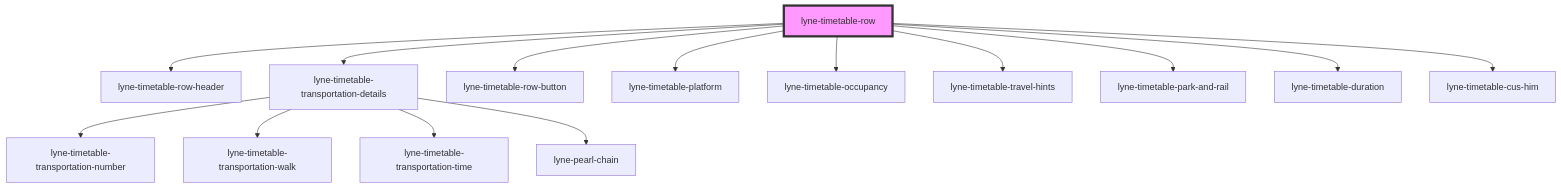
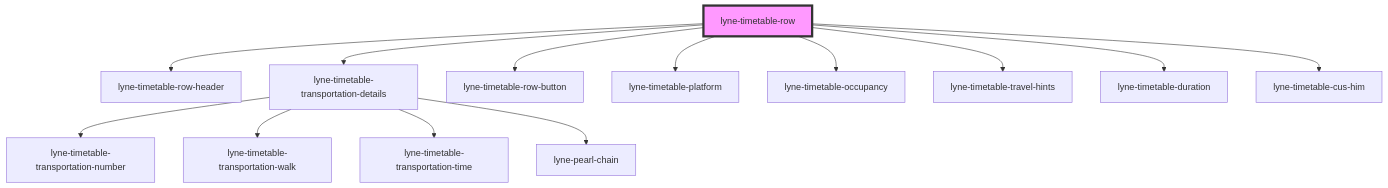
The diagram in src/components/lyne-timetable-row/readme.md (sbb-design-systems/lyne-components), drawn with Mermaid before and after one commit. The commit also changed other lines of this file and 12 other files, not shown here.

````diff
--- a/src/components/lyne-timetable-row/readme.md
+++ b/src/components/lyne-timetable-row/readme.md
@@ -30,17 +29,16 @@
 ```mermaid
 graph TD;
   lyne-timetable-row --> lyne-timetable-row-header
   lyne-timetable-row --> lyne-timetable-transportation-details
   lyne-timetable-row --> lyne-timetable-row-button
   lyne-timetable-row --> lyne-timetable-platform
   lyne-timetable-row --> lyne-timetable-occupancy
   lyne-timetable-row --> lyne-timetable-travel-hints
-  lyne-timetable-row --> lyne-timetable-park-and-rail
   lyne-timetable-row --> lyne-timetable-duration
   lyne-timetable-row --> lyne-timetable-cus-him
   lyne-timetable-transportation-details --> lyne-timetable-transportation-number
   lyne-timetable-transportation-details --> lyne-timetable-transportation-walk
   lyne-timetable-transportation-details --> lyne-timetable-transportation-time
   lyne-timetable-transportation-details --> lyne-pearl-chain
   style lyne-timetable-row fill:#f9f,stroke:#333,stroke-width:4px
 ```
````
